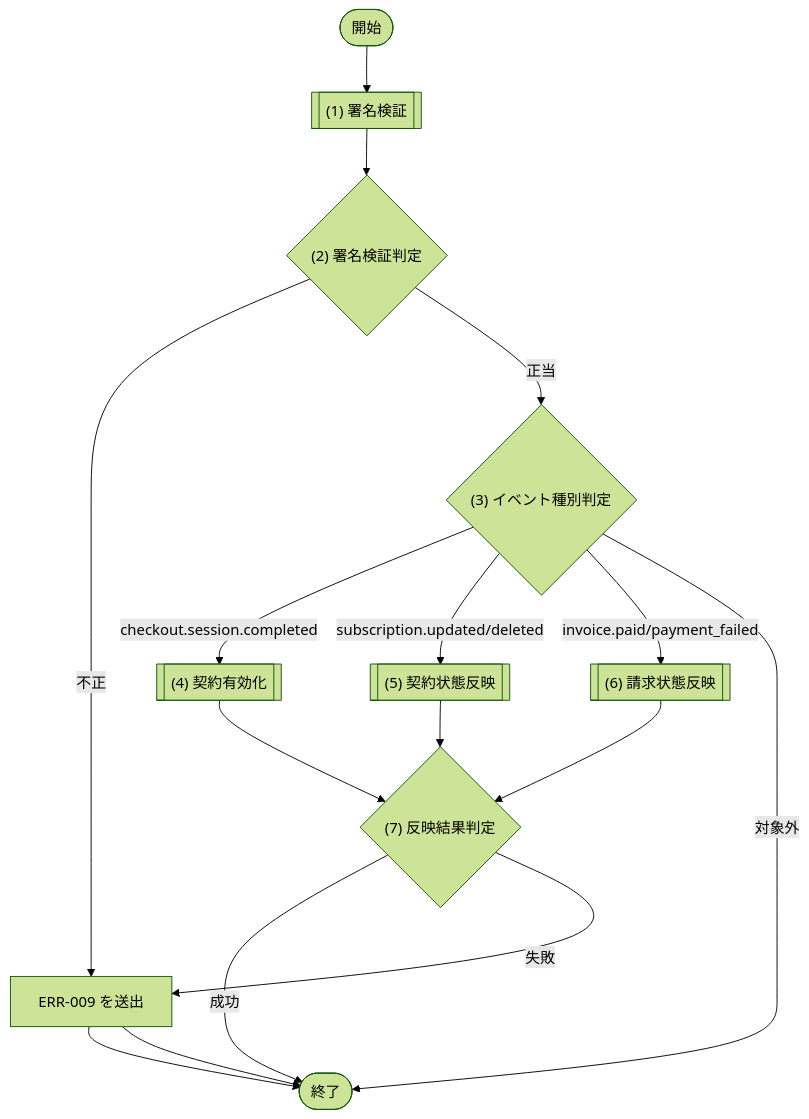
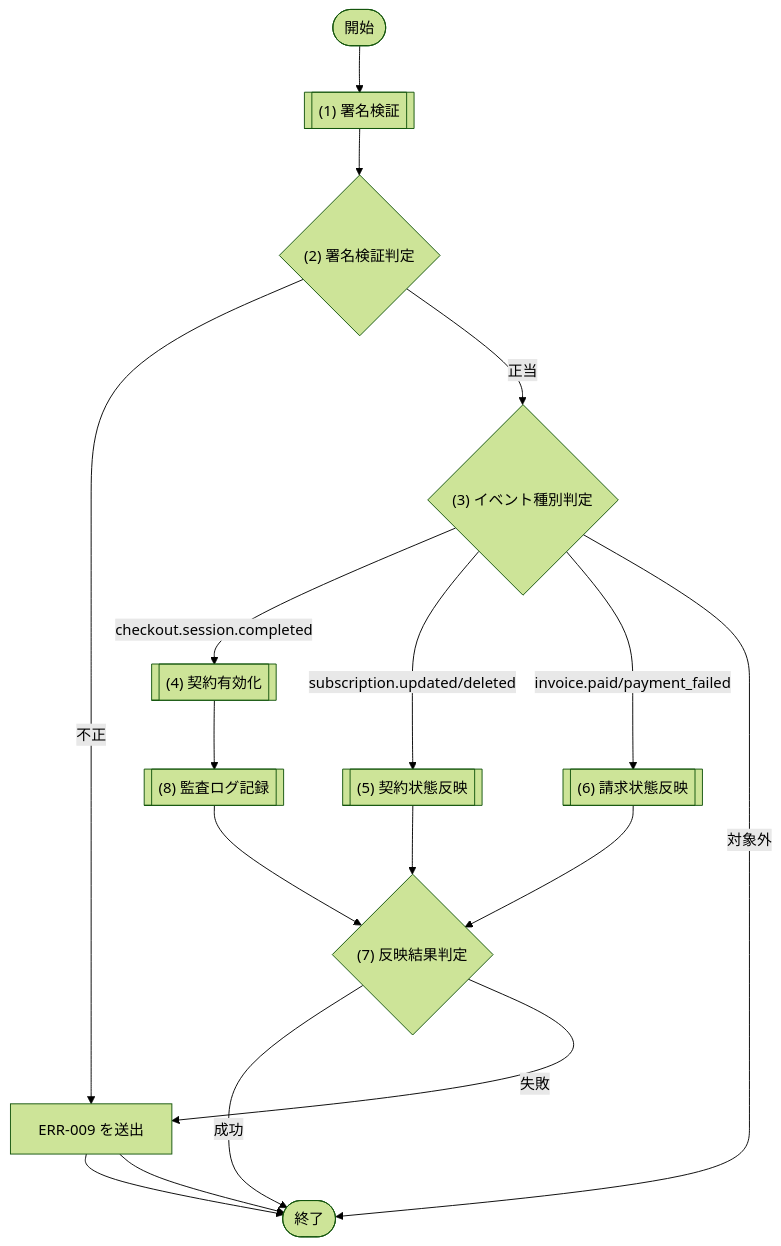
One commit to sikakou54/system-document-template changed the third of 6 diagrams in docs/03_機能設計/06_モジュール設計/MOD-007_課金サービス.md. Above: the diagram before and after it, drawn with Mermaid (forest theme). The commit also changed other lines of this file and 136 other files, not shown here.

````diff
--- a/docs/03_機能設計/06_モジュール設計/MOD-007_課金サービス.md
+++ b/docs/03_機能設計/06_モジュール設計/MOD-007_課金サービス.md
@@ -270,23 +270,24 @@
 ```mermaid
 flowchart TD
   Start([開始])
   P0[["(1) 署名検証"]]
   D1{"(2) 署名検証判定"}
   D2{"(3) イベント種別判定"}
   P1[["(4) 契約有効化"]]
   P2[["(5) 契約状態反映"]]
   P3[["(6) 請求状態反映"]]
+  P4[["(8) 監査ログ記録"]]
   D3{"(7) 反映結果判定"}
   E1["ERR-009 を送出"]
   End([終了])
 
   Start --> P0 --> D1
   D1 -- "不正" --> E1 --> End
   D1 -- "正当" --> D2
-  D2 -- "checkout.session.completed" --> P1 --> D3
+  D2 -- "checkout.session.completed" --> P1 --> P4 --> D3
   D2 -- "subscription.updated/deleted" --> P2 --> D3
   D2 -- "invoice.paid/payment_failed" --> P3 --> D3
   D2 -- "対象外" --> End
   D3 -- "成功" --> End
   D3 -- "失敗" --> E1 --> End
 ```
````
